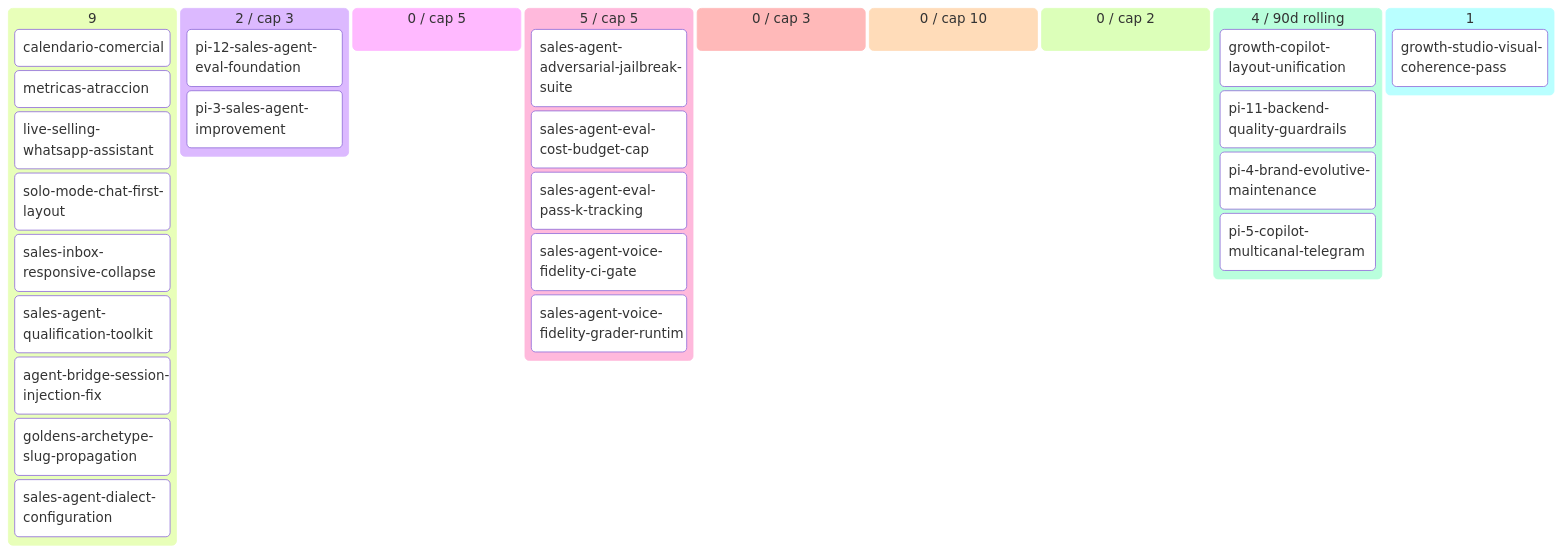
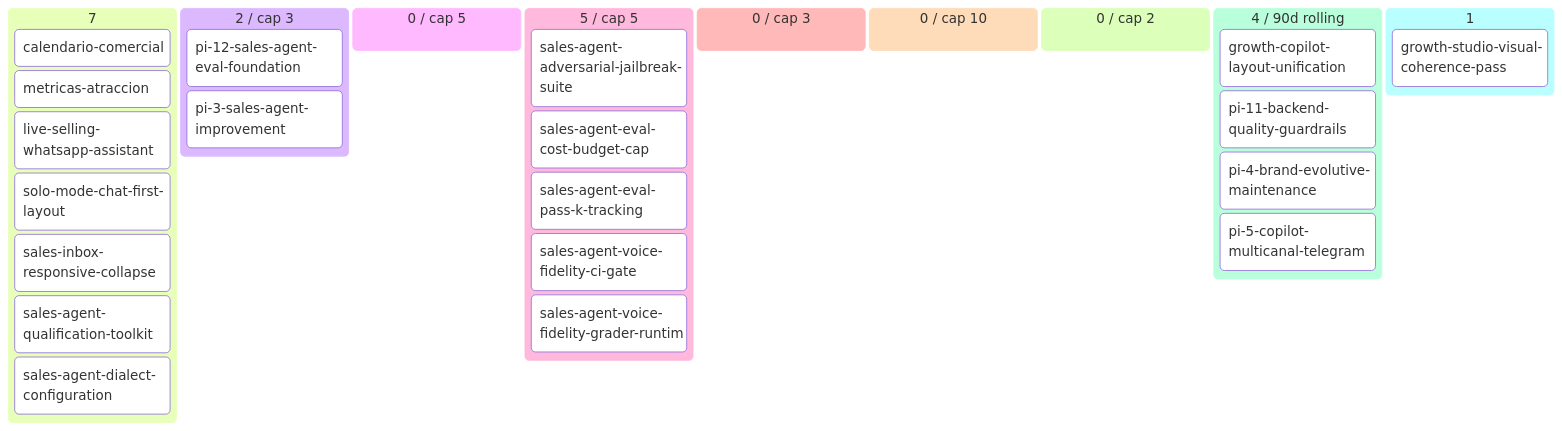
One commit to alpacapurpura/ap_sales_agent changed the diagram in docs/product/BACKLOG.md. Above: the diagram before and after it, drawn with Mermaid. The commit also changed other lines of this file and 8 other files, not shown here.

````diff
--- a/docs/product/BACKLOG.md
+++ b/docs/product/BACKLOG.md
@@ -58,33 +58,31 @@
 ```mermaid
 kanban
-  💡 Ideas (9)
+  💡 Ideas (7)
     calendario-comercial[calendario-comercial]
     metricas-atraccion[metricas-atraccion]
     live-selling-whatsapp-assistan[live-selling-whatsapp-assistant]
     solo-mode-chat-first-layout[solo-mode-chat-first-layout]
     sales-inbox-responsive-collaps[sales-inbox-responsive-collapse]
     sales-agent-qualification-tool[sales-agent-qualification-toolkit]
-    agent-bridge-session-injection[agent-bridge-session-injection-fix]
-    goldens-archetype-slug-propaga[goldens-archetype-slug-propagation]
     sales-agent-dialect-configurat[sales-agent-dialect-configuration]
   🔬 Refining (2 / cap 3)
     pi-12-sales-agent-eval-foundat[pi-12-sales-agent-eval-foundation]
     pi-3-sales-agent-improvement[pi-3-sales-agent-improvement]
   ✅ Refined (0 / cap 5)
   📦 Ready (5 / cap 5)
     sales-agent-adversarial-jailbr[sales-agent-adversarial-jailbreak-suite]
     sales-agent-eval-cost-budget-c[sales-agent-eval-cost-budget-cap]
     sales-agent-eval-pass-k-tracki[sales-agent-eval-pass-k-tracking]
     sales-agent-voice-fidelity-ci-[sales-agent-voice-fidelity-ci-gate]
     sales-agent-voice-fidelity-gra[sales-agent-voice-fidelity-grader-runtim]
   🔨 Developing (0 / cap 3)
   🧪 Developed (0 / cap 10)
   🔍 Reviewing (0 / cap 2)
   ✅ Done (4 / 90d rolling)
     growth-copilot-layout-unificat[growth-copilot-layout-unification]
     pi-11-backend-quality-guardrai[pi-11-backend-quality-guardrails]
     pi-4-brand-evolutive-maintenan[pi-4-brand-evolutive-maintenance]
     pi-5-copilot-multicanal-telegr[pi-5-copilot-multicanal-telegram]
   🅿 Parked (1)
     growth-studio-visual-coherence[growth-studio-visual-coherence-pass]
 ```
````
